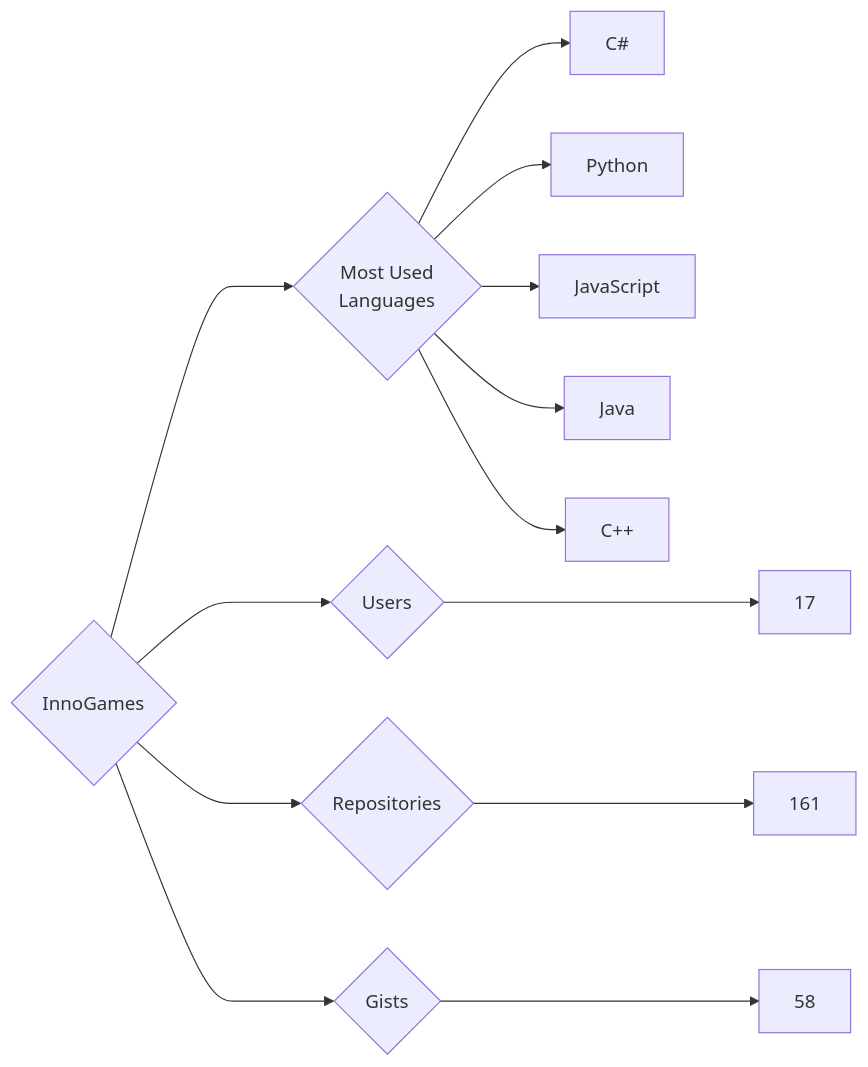
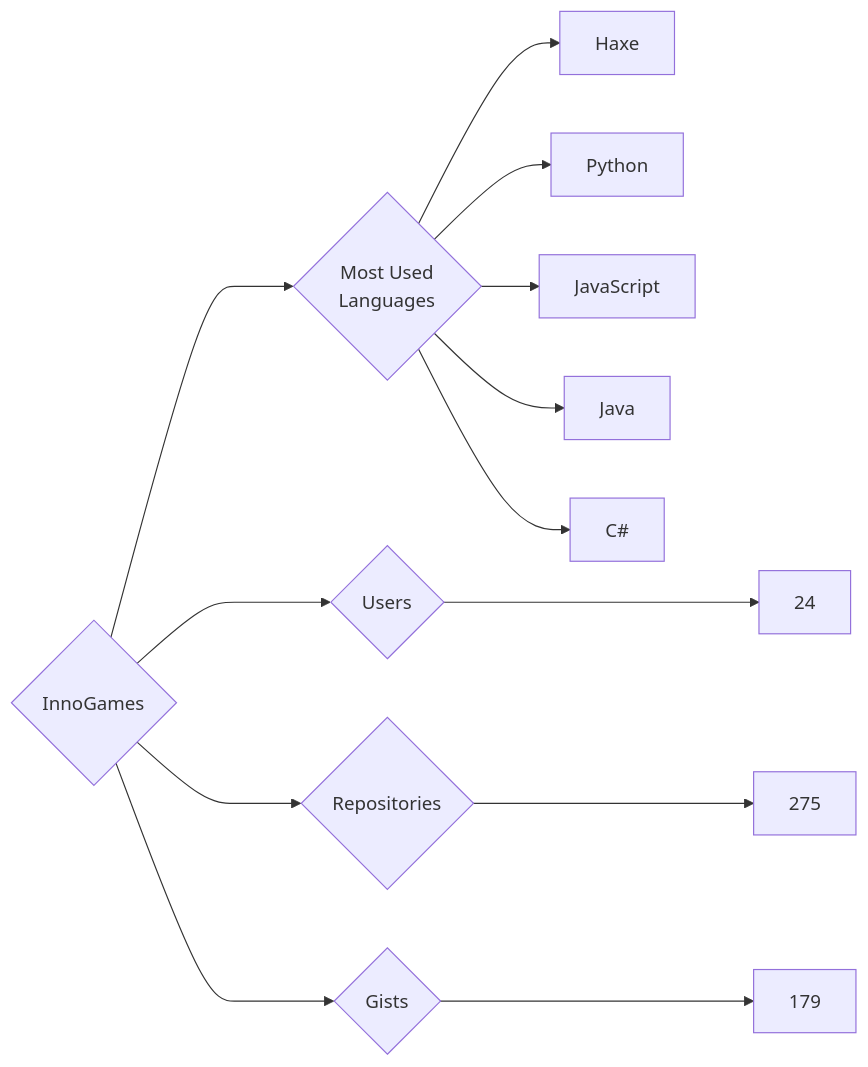
One commit to trickest/insiders changed the diagram in targets/InnoGames/README.md. Above: the diagram before and after it, drawn with Mermaid. The commit also changed 916 other files, not shown here.

````diff
--- a/targets/InnoGames/README.md
+++ b/targets/InnoGames/README.md
@@ -3,13 +3,13 @@
 ```mermaid
 graph LR
 COMPANY_NAME{InnoGames}
-COMPANY_NAME ---> U{Users} ---> UN[17]
-COMPANY_NAME ---> R{Repositories} ---> RN[161]
-COMPANY_NAME ---> G{Gists} ---> GN[58]
+COMPANY_NAME ---> U{Users} ---> UN[24]
+COMPANY_NAME ---> R{Repositories} ---> RN[275]
+COMPANY_NAME ---> G{Gists} ---> GN[179]
 COMPANY_NAME ---> ML{Most Used<br>Languages}
-ML --> C#[C#]
+ML --> Haxe[Haxe]
 ML --> Python[Python]
 ML --> JavaScript[JavaScript]
 ML --> Java[Java]
-ML --> C++[C++]
+ML --> C#[C#]
 ```
````
